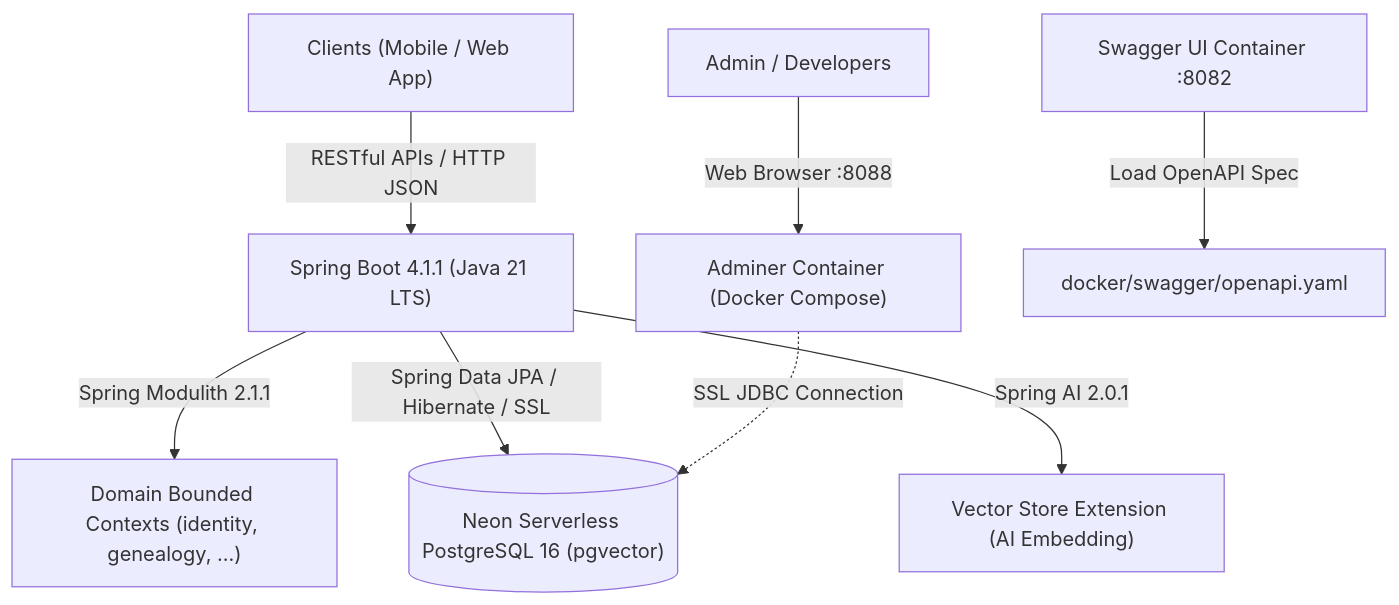
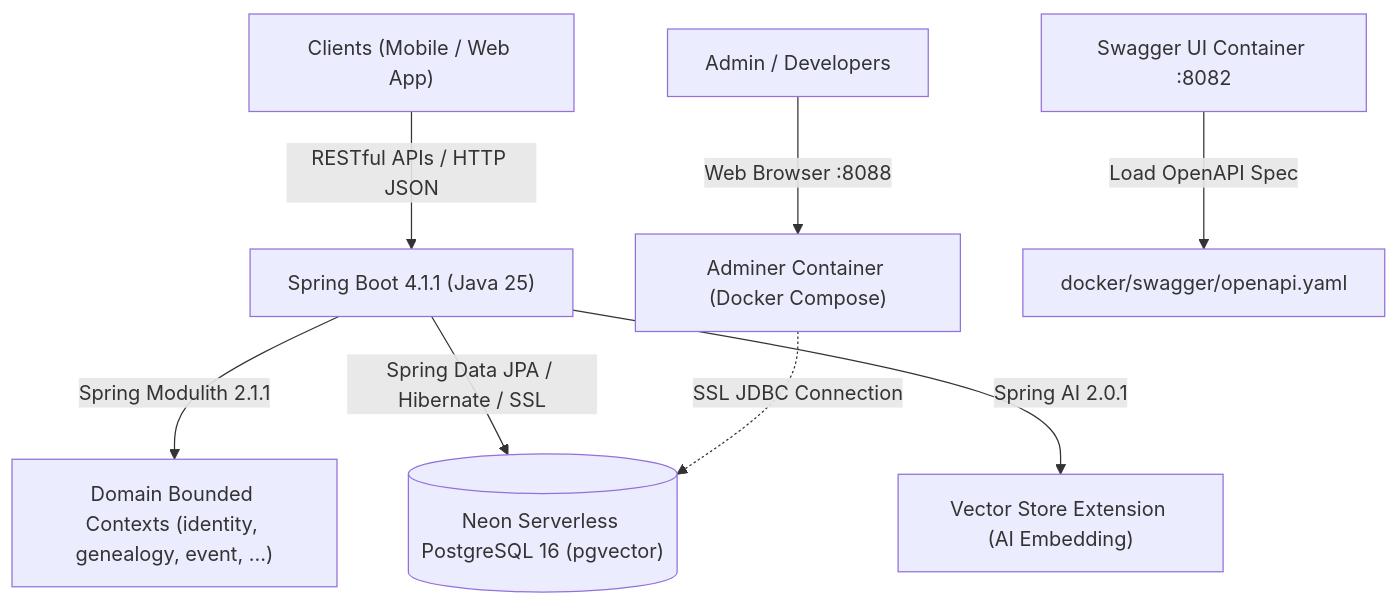
One commit to DonThuanUIT/family-management-backend changed the diagram in docs/architecture/01-system-architecture.md. Above: the diagram before and after it, drawn with Mermaid. The commit also changed other lines of this file and 5 other files, not shown here.

````diff
--- a/docs/architecture/01-system-architecture.md
+++ b/docs/architecture/01-system-architecture.md
@@ -21,10 +26,10 @@
 ```mermaid
 graph TD
-    Client["Clients (Mobile / Web App)"] -->|RESTful APIs / HTTP JSON| SBApp["Spring Boot 4.1.1 (Java 21 LTS)"]
-    SBApp -->|Spring Modulith 2.1.1| Modules["Domain Bounded Contexts (identity, genealogy, ...)"]
+    Client["Clients (Mobile / Web App)"] -->|RESTful APIs / HTTP JSON| SBApp["Spring Boot 4.1.1 (Java 25)"]
+    SBApp -->|Spring Modulith 2.1.1| Modules["Domain Bounded Contexts (identity, genealogy, event, ...)"]
     SBApp -->|Spring Data JPA / Hibernate / SSL| PG[("Neon Serverless PostgreSQL 16 (pgvector)")]
     SBApp -->|Spring AI 2.0.1| VectorExt["Vector Store Extension (AI Embedding)"]
     Admin["Admin / Developers"] -->|Web Browser :8088| Adminer["Adminer Container (Docker Compose)"]
     Adminer -.->|SSL JDBC Connection| PG
     SwaggerUI["Swagger UI Container :8082"] -->|Load OpenAPI Spec| Spec["docker/swagger/openapi.yaml"]
 ```
````
